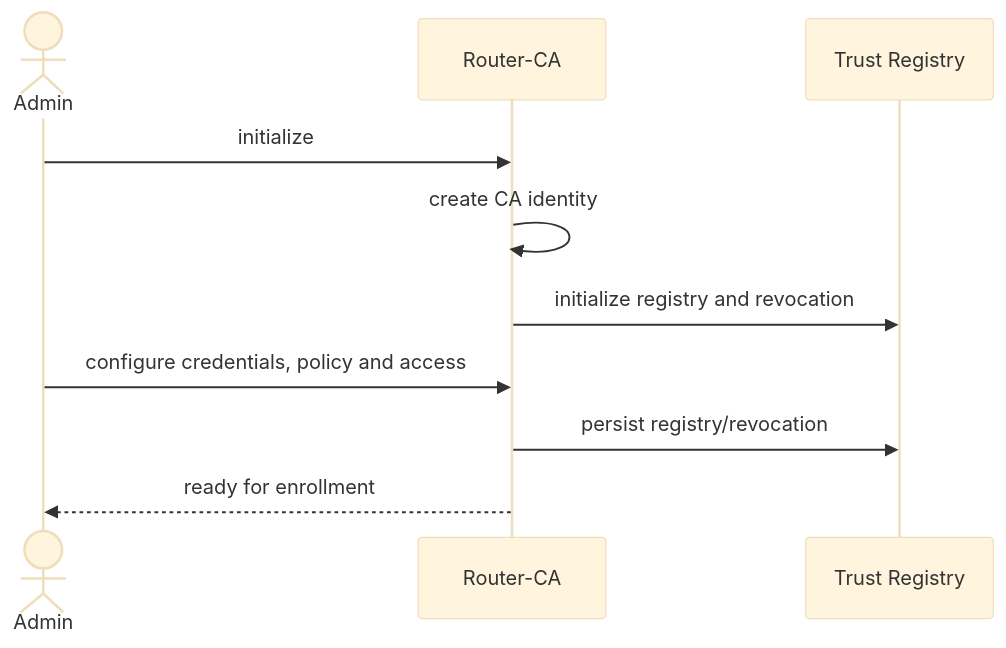
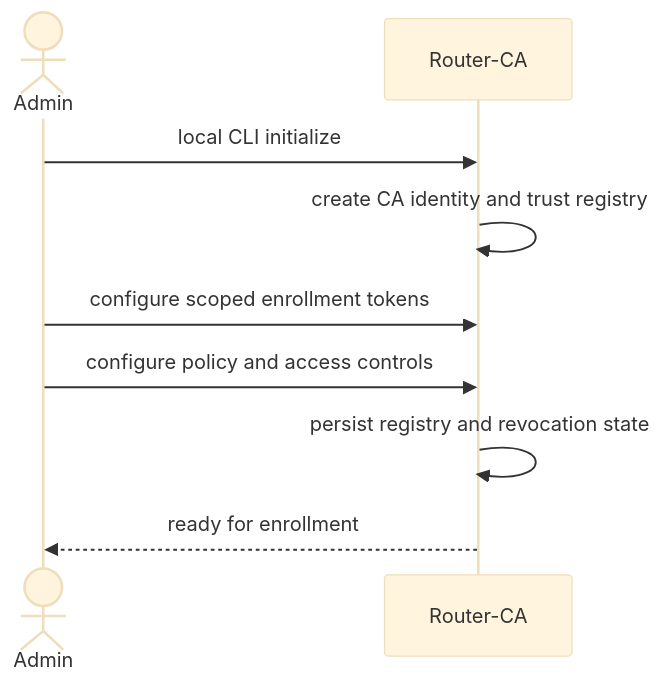
Before and after one commit to TamilSelvam22112003/Nls-NexOS-Core-v0.1.1: the first of 6 diagrams in docs/ARCHITECTURE.md, drawn with Mermaid (base theme). The commit also changed other lines of this file, not shown here.

````diff
--- a/docs/ARCHITECTURE.md
+++ b/docs/ARCHITECTURE.md
@@ -6,12 +10,11 @@
 ```mermaid
 sequenceDiagram
- actor Admin
- participant CA as Router-CA
- participant DB as Trust Registry
- Admin->>CA: initialize
- CA->>CA: create CA identity
- CA->>DB: initialize registry and revocation
- Admin->>CA: configure credentials, policy and access
- CA->>DB: persist registry/revocation
- CA-->>Admin: ready for enrollment
+  actor Admin
+  participant CA as Router-CA
+  Admin->>CA: local CLI initialize
+  CA->>CA: create CA identity and trust registry
+  Admin->>CA: configure scoped enrollment tokens
+  Admin->>CA: configure policy and access controls
+  CA->>CA: persist registry and revocation state
+  CA-->>Admin: ready for enrollment
 ```
````
